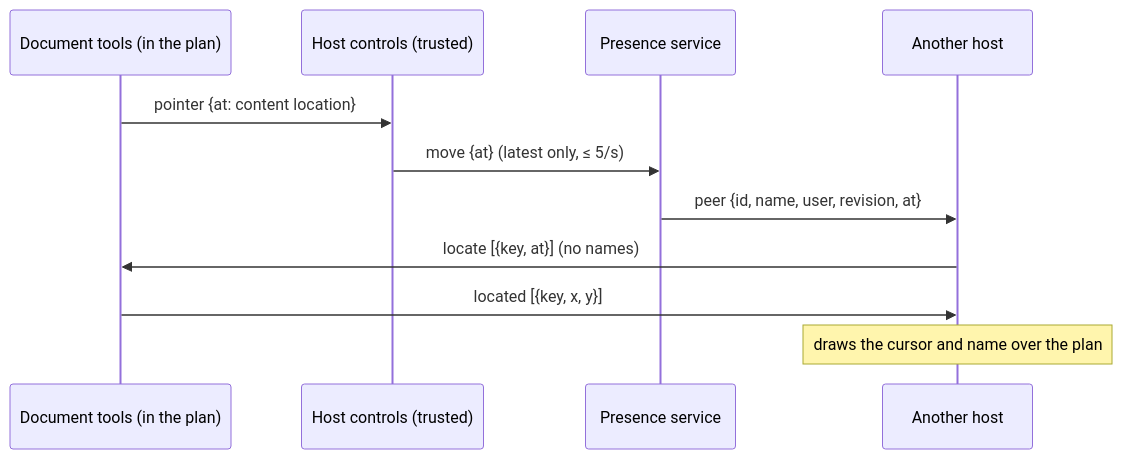
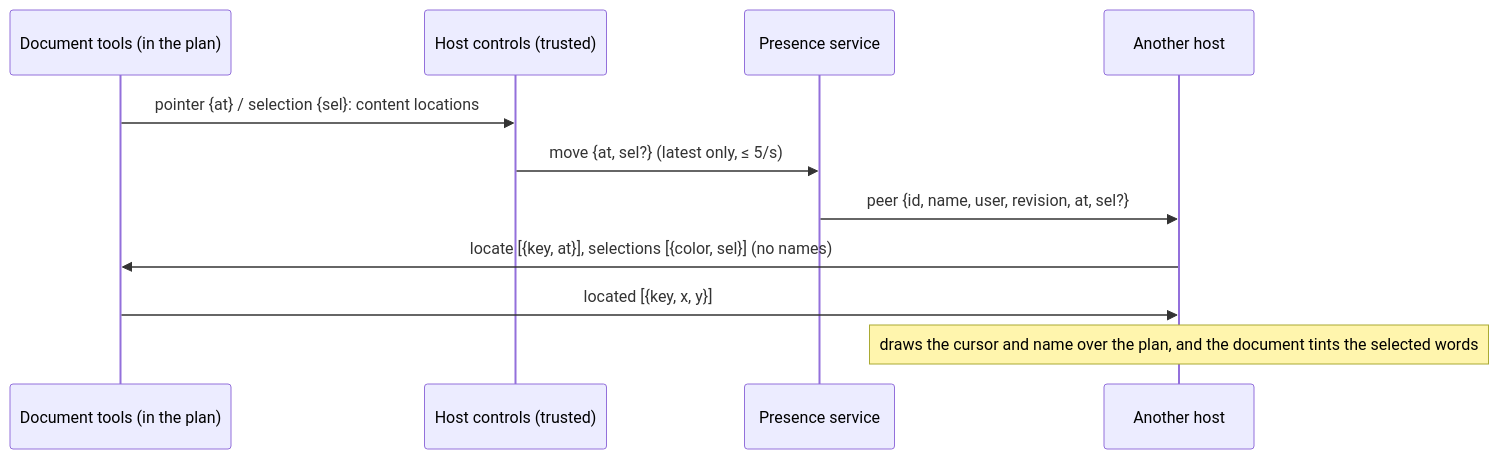
Before and after one commit to sageox/ox: the diagram in docs/specs/plan-review-presence.md, drawn with Mermaid. The commit also changed other lines of this file and 18 other files, not shown here.

First line of the commit message:
feat(plan-review): share live text selections in plan presence (0.12.0) (#2031)

````diff
--- a/docs/specs/plan-review-presence.md
+++ b/docs/specs/plan-review-presence.md
@@ -15,13 +18,13 @@
 ```mermaid
 sequenceDiagram
   participant D as Document tools (in the plan)
   participant H as Host controls (trusted)
   participant S as Presence service
   participant H2 as Another host
-  D->>H: pointer {at: content location}
-  H->>S: move {at} (latest only, ≤ 5/s)
-  S->>H2: peer {id, name, user, revision, at}
-  H2->>D: locate [{key, at}] (no names)
+  D->>H: pointer {at} / selection {sel}: content locations
+  H->>S: move {at, sel?} (latest only, ≤ 5/s)
+  S->>H2: peer {id, name, user, revision, at, sel?}
+  H2->>D: locate [{key, at}], selections [{color, sel}] (no names)
   D->>H2: located [{key, x, y}]
-  Note over H2: draws the cursor and name over the plan
+  Note over H2: draws the cursor and name over the plan, and the document tints the selected words
 ```
````
